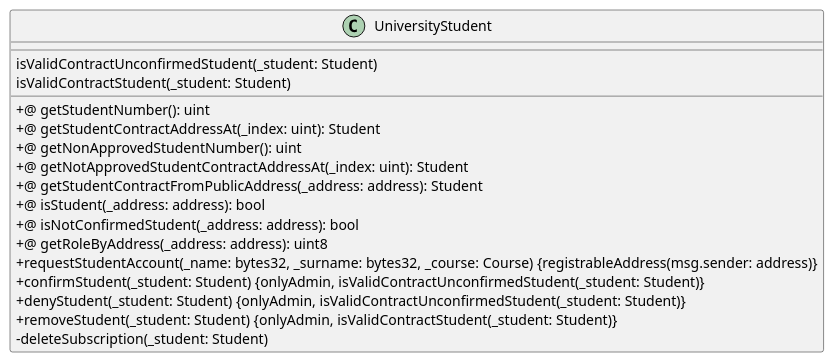
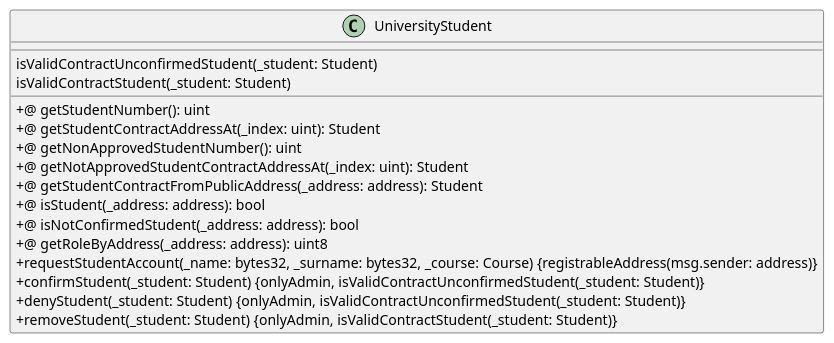
Before and after one commit to M9k/Marvin-Uml: the diagram in Solidity/Contracts/UniversityStudent.iuml, drawn with PlantUML. The commit also changed 4 other files, not shown here.

```diff
--- a/Solidity/Contracts/UniversityStudent.iuml
+++ b/Solidity/Contracts/UniversityStudent.iuml
@@ -1,22 +1,21 @@
 @startuml
 skinparam classAttributeIconSize 0
 class UniversityStudent {
 __
 isValidContractUnconfirmedStudent(_student: Student)
 isValidContractStudent(_student: Student)
 __
 +@ getStudentNumber(): uint
 +@ getStudentContractAddressAt(_index: uint): Student
 +@ getNonApprovedStudentNumber(): uint
 +@ getNotApprovedStudentContractAddressAt(_index: uint): Student
 +@ getStudentContractFromPublicAddress(_address: address): Student
 +@ isStudent(_address: address): bool
 +@ isNotConfirmedStudent(_address: address): bool
 +@ getRoleByAddress(_address: address): uint8
 + requestStudentAccount(_name: bytes32, _surname: bytes32, _course: Course) {registrableAddress(msg.sender: address)}
 + confirmStudent(_student: Student) {onlyAdmin, isValidContractUnconfirmedStudent(_student: Student)}
 + denyStudent(_student: Student) {onlyAdmin, isValidContractUnconfirmedStudent(_student: Student)}
 + removeStudent(_student: Student) {onlyAdmin, isValidContractStudent(_student: Student)}
-- deleteSubscription(_student: Student)
 }
 @enduml
```
